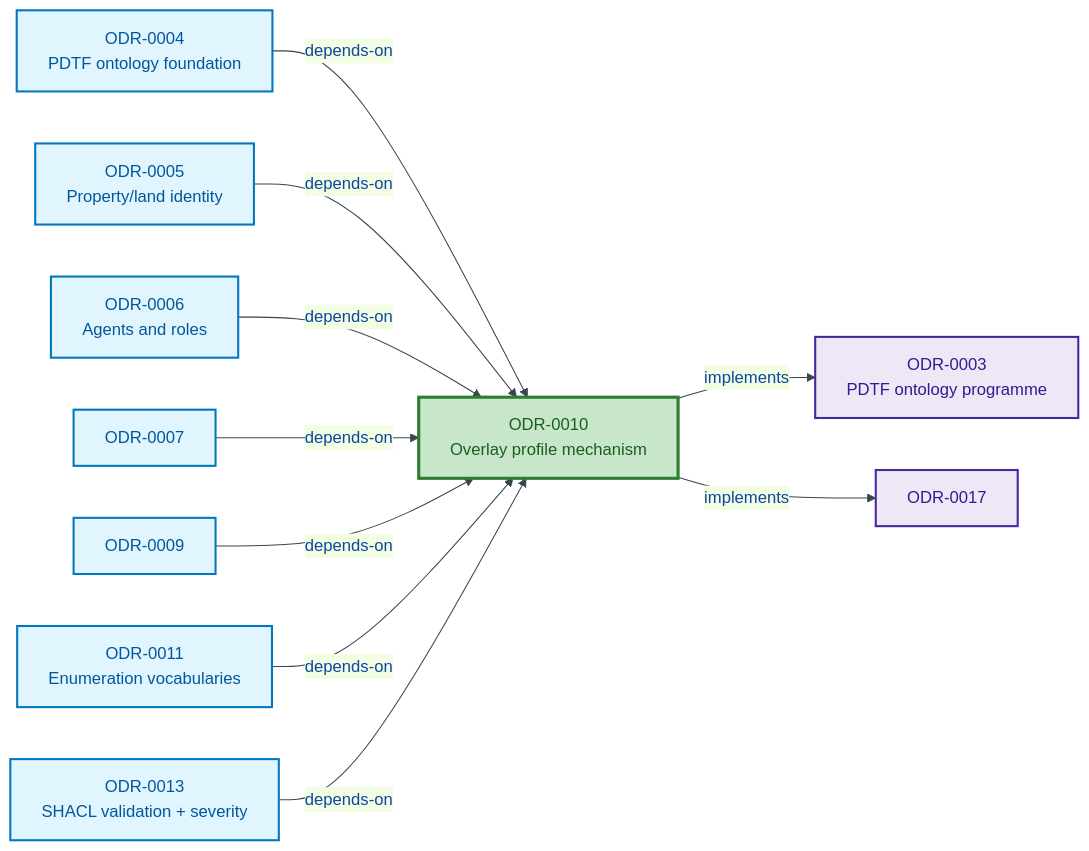
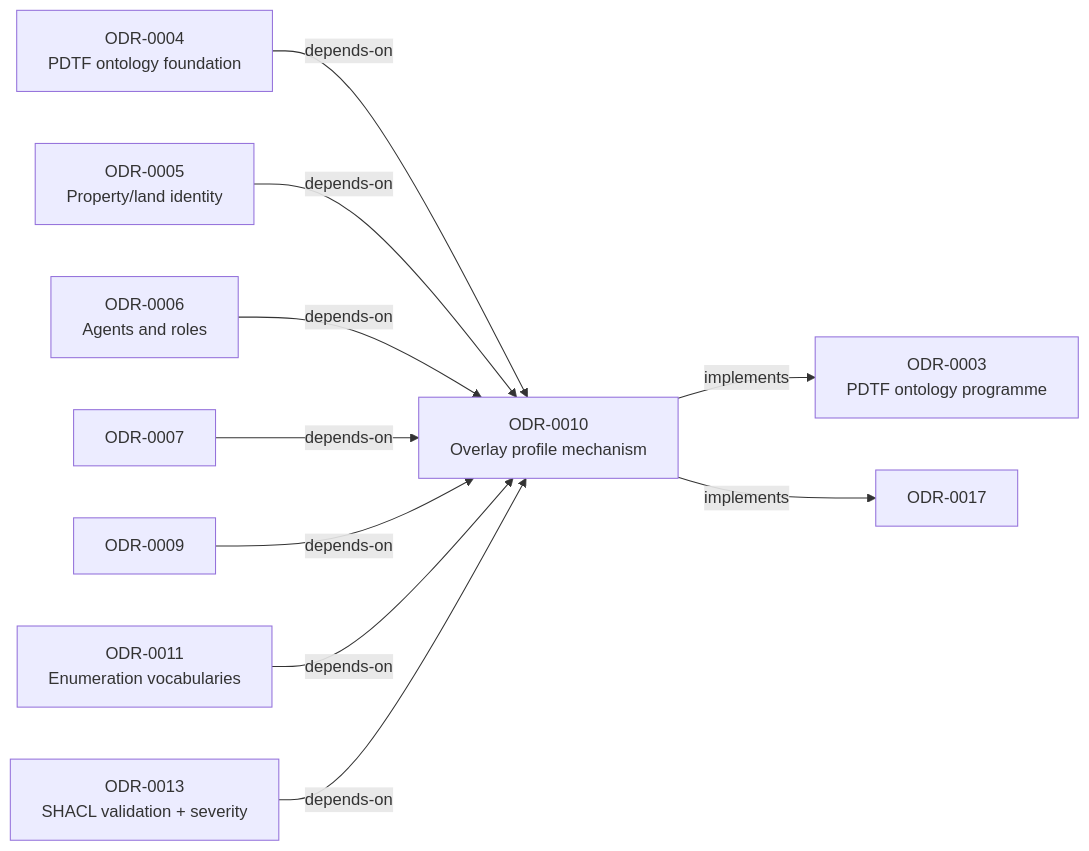
The fourth of 4 diagrams in docs/ontology/odr/ODR-0010-overlay-profile-mechanism.md (sparkling/opda), drawn with Mermaid before and after one commit. The commit also changed other lines of this file and 25 other files, not shown here.

````diff
--- a/docs/ontology/odr/ODR-0010-overlay-profile-mechanism.md
+++ b/docs/ontology/odr/ODR-0010-overlay-profile-mechanism.md
@@ -141,30 +127,26 @@
 ```mermaid
-%%{init:{"theme":"base","themeVariables":{"primaryColor":"#E3F2FD","primaryTextColor":"#0D47A1","primaryBorderColor":"#1565C0","lineColor":"#37474F"}}}%%
 flowchart LR
     accTitle: ODR-0010 dependency graph
     accDescr: The depends-on and implements relationships for ODR-0010 as declared in the frontmatter
-    classDef process fill:#E1F5FE,stroke:#0277BD,stroke-width:2px,color:#01579B
-    classDef current fill:#C8E6C9,stroke:#2E7D32,stroke-width:3px,color:#1B5E20
-    classDef impl fill:#EDE7F6,stroke:#4527A0,stroke-width:2px,color:#311B92
 
-    ODR0003["ODR-0003<br/>PDTF ontology programme"]:::impl
+    ODR0003["ODR-0003<br/>PDTF ontology programme"]:::user
     ODR0004["ODR-0004<br/>PDTF ontology foundation"]:::process
     ODR0005["ODR-0005<br/>Property/land identity"]:::process
     ODR0006["ODR-0006<br/>Agents and roles"]:::process
     ODR0007["ODR-0007"]:::process
     ODR0009["ODR-0009"]:::process
     ODR0011["ODR-0011<br/>Enumeration vocabularies"]:::process
     ODR0013["ODR-0013<br/>SHACL validation + severity"]:::process
-    ODR0017["ODR-0017"]:::impl
-    THIS["ODR-0010<br/>Overlay profile mechanism"]:::current
+    ODR0017["ODR-0017"]:::user
+    THIS["ODR-0010<br/>Overlay profile mechanism"]:::success
 
     ODR0004 -->|"depends-on"| THIS
     ODR0005 -->|"depends-on"| THIS
     ODR0006 -->|"depends-on"| THIS
     ODR0007 -->|"depends-on"| THIS
     ODR0009 -->|"depends-on"| THIS
     ODR0011 -->|"depends-on"| THIS
     ODR0013 -->|"depends-on"| THIS
     THIS -->|"implements"| ODR0003
     THIS -->|"implements"| ODR0017
 ```
````
